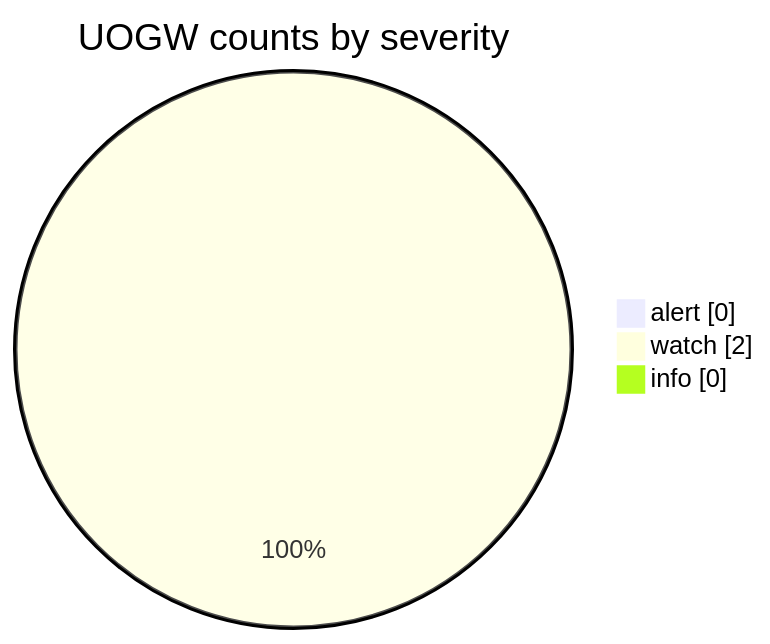
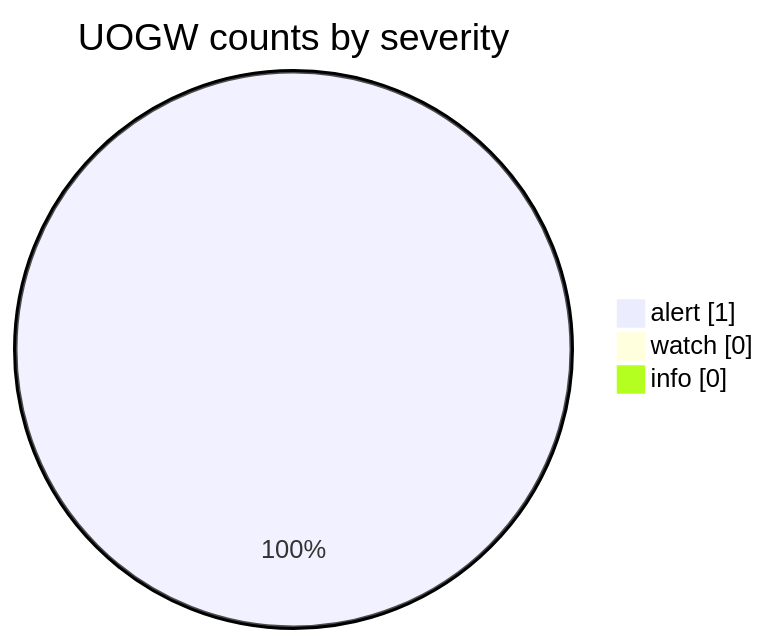
The fourth of 6 diagrams in docs/GRAPHS.md (Midwest-Stratospheric/aerostratospheric-defense-gir), drawn with Mermaid before and after one commit. The commit also changed other lines of this file and 23 other files, not shown here.

````diff
--- a/docs/GRAPHS.md
+++ b/docs/GRAPHS.md
@@ -66,7 +66,7 @@
 ```mermaid
 pie showData
   title UOGW counts by severity
-  "alert" : 0
-  "watch" : 2
+  "alert" : 1
+  "watch" : 0
   "info" : 0
 ```
````
